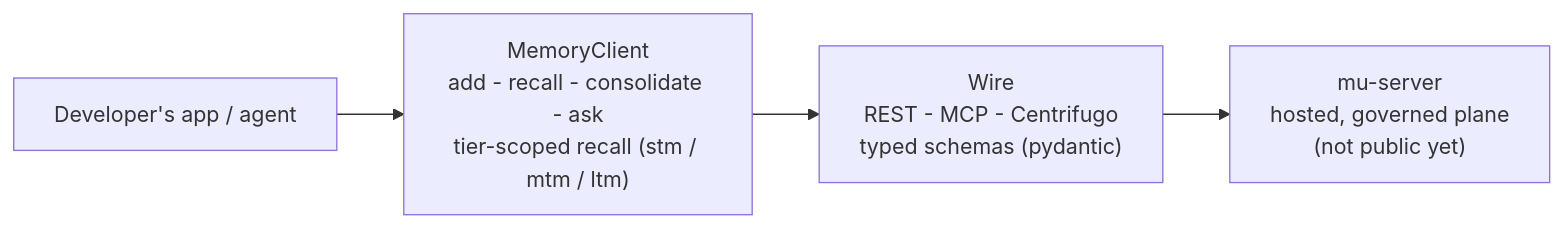
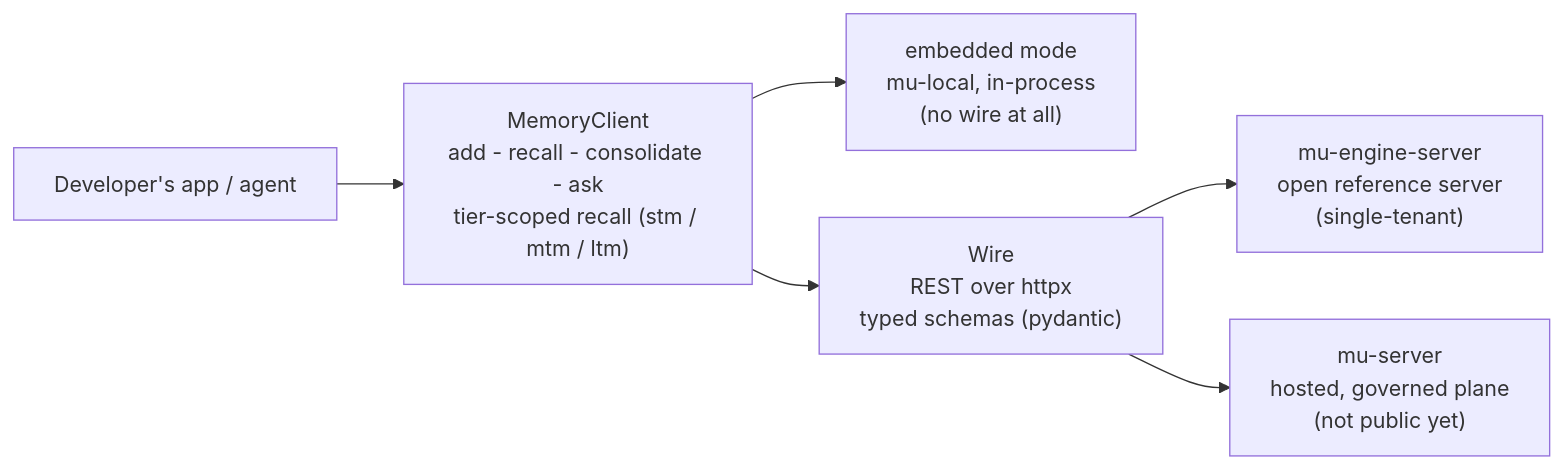
Before and after one commit to MemoryUniverse/mu-sdk-python: the diagram in README.md, drawn with Mermaid. The commit also changed other lines of this file, not shown here.

First line of the commit message:
docs(readme): refresh against the code, and link the mechanics diagrams

````diff
--- a/README.md
+++ b/README.md
@@ -89,6 +156,8 @@
 ```mermaid
 flowchart LR
     App["Developer's app / agent"] --> SDK["MemoryClient<br/>add - recall - consolidate - ask<br/>tier-scoped recall (stm / mtm / ltm)"]
-    SDK --> Wire["Wire<br/>REST - MCP - Centrifugo<br/>typed schemas (pydantic)"]
+    SDK --> Emb["embedded mode<br/>mu-local, in-process<br/>(no wire at all)"]
+    SDK --> Wire["Wire<br/>REST over httpx<br/>typed schemas (pydantic)"]
+    Wire --> Ref["mu-engine-server<br/>open reference server<br/>(single-tenant)"]
     Wire --> Srv["mu-server<br/>hosted, governed plane<br/>(not public yet)"]
 ```
````
